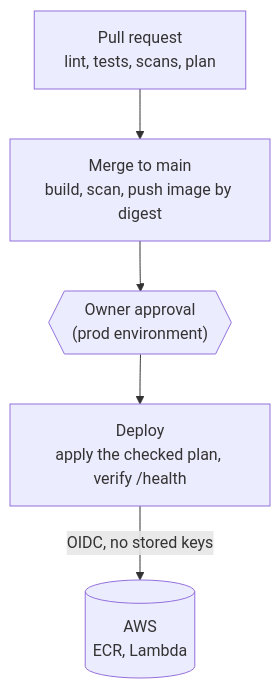
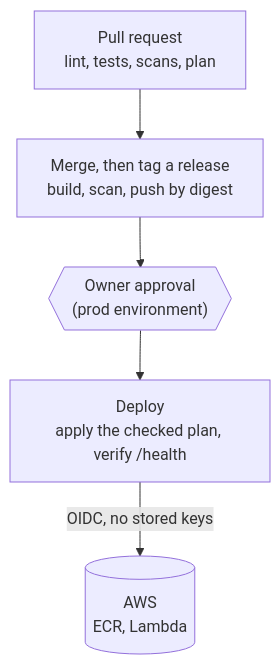
One commit to sergo3030/devops-portfolio changed the second of 2 diagrams in README.md. Above: the diagram before and after it, drawn with Mermaid. The commit also changed 10 other files, not shown here.

First line of the commit message:
ci: stop building and offering a deployment on every merge to main

````diff
--- a/README.md
+++ b/README.md
@@ -31,7 +31,7 @@
 ```mermaid
 flowchart TB
-  P["Pull request<br/>lint, tests, scans, plan"] --> M["Merge to main<br/>build, scan, push image by digest"]
+  P["Pull request<br/>lint, tests, scans, plan"] --> M["Merge, then tag a release<br/>build, scan, push by digest"]
   M --> A{{"Owner approval<br/>(prod environment)"}}
   A --> D["Deploy<br/>apply the checked plan, verify /health"]
   D -- "OIDC, no stored keys" --> W[("AWS<br/>ECR, Lambda")]
 ```
````
